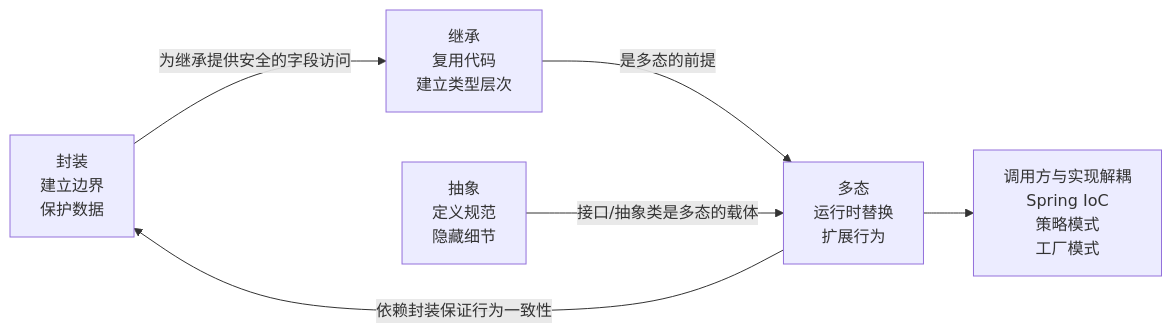
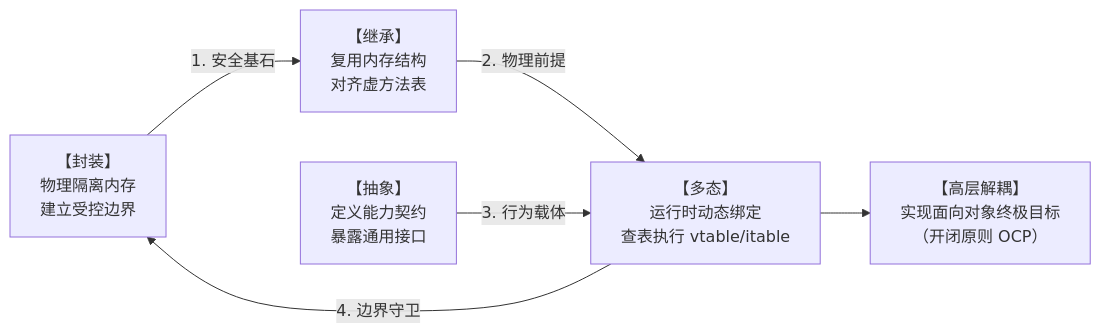
The fourth of 4 diagrams in docs/01-java-basic/01-面向对象.md (b1tzer/b1tzer.github.io), drawn with Mermaid before and after one commit. The commit also changed other lines of this file and 1 other file, not shown here.

````diff
--- a/docs/01-java-basic/01-面向对象.md
+++ b/docs/01-java-basic/01-面向对象.md
@@ -557,20 +688,19 @@
 ```mermaid
 flowchart LR
-    封装["封装
-        建立边界
-        保护数据"] -->|"为继承提供安全的字段访问"| 继承
-    继承["继承
-        复用代码
-        建立类型层次"] -->|"是多态的前提"| 多态
-    抽象["抽象
-        定义规范
-        隐藏细节"] -->|"接口/抽象类是多态的载体"| 多态
-    多态["多态
-        运行时替换
-        扩展行为"] -->|"依赖封装保证行为一致性"| 封装
+    封装["【封装】
+        物理隔离内存
+        建立受控边界"] -->|"1. 安全基石"| 继承
+    继承["【继承】
+        复用内存结构
+        对齐虚方法表"] -->|"2. 物理前提"| 多态
+    抽象["【抽象】
+        定义能力契约
+        暴露通用接口"] -->|"3. 行为载体"| 多态
+    多态["【多态】
+        运行时动态绑定
+        查表执行 vtable/itable"] -->|"4. 边界守卫"| 封装
 
-    多态 --> 解耦["调用方与实现解耦
-        Spring IoC
-        策略模式
-        工厂模式"]
+    多态 --> 解耦["【高层解耦】
+        实现面向对象终极目标
+        （开闭原则 OCP）"]
 ```
````
